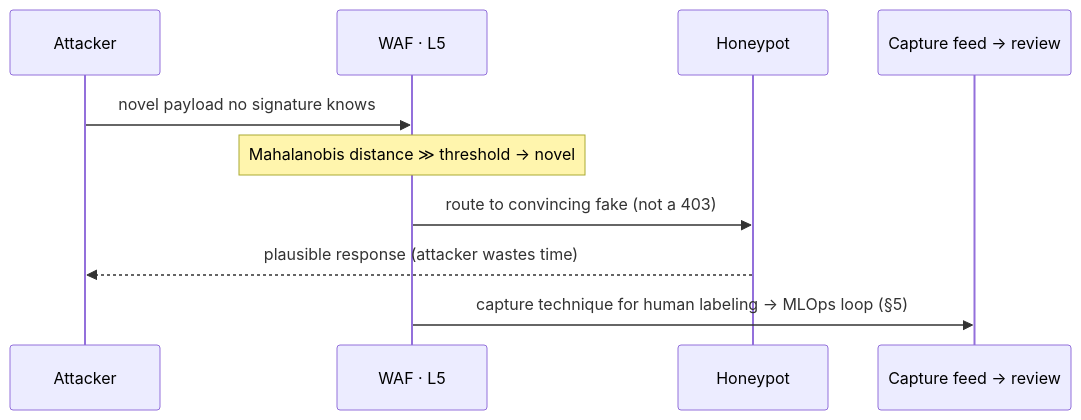
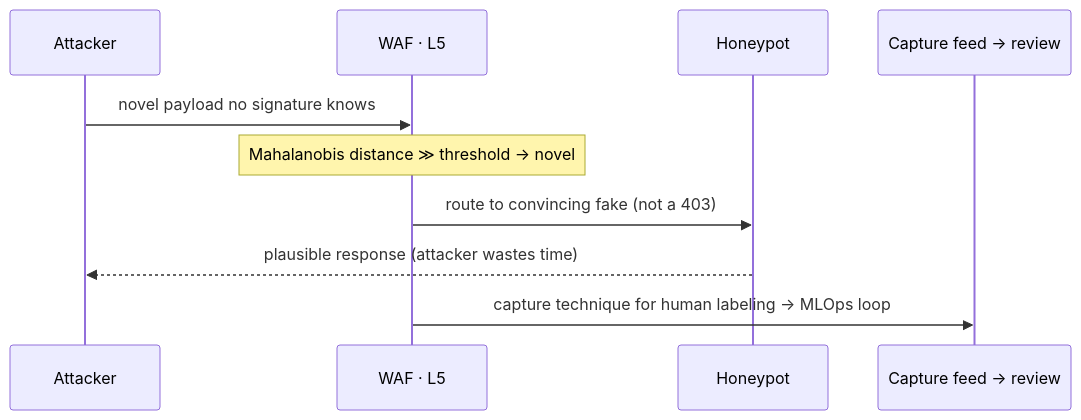
One commit to SaiBhujbal/Mirage changed the seventh of 7 diagrams in README.md. Above: the diagram before and after it, drawn with Mermaid. The commit also changed other lines of this file and 8 other files, not shown here.

````diff
--- a/README.md
+++ b/README.md
@@ -319,12 +187,12 @@
 ```mermaid
 sequenceDiagram
     participant A as Attacker
     participant W as WAF · L5
     participant H as Honeypot
     participant Q as Capture feed → review
     A->>W: novel payload no signature knows
     Note over W: Mahalanobis distance ≫ threshold → novel
     W->>H: route to convincing fake (not a 403)
     H-->>A: plausible response (attacker wastes time)
-    W->>Q: capture technique for human labeling → MLOps loop (§5)
+    W->>Q: capture technique for human labeling → MLOps loop
 ```
````
